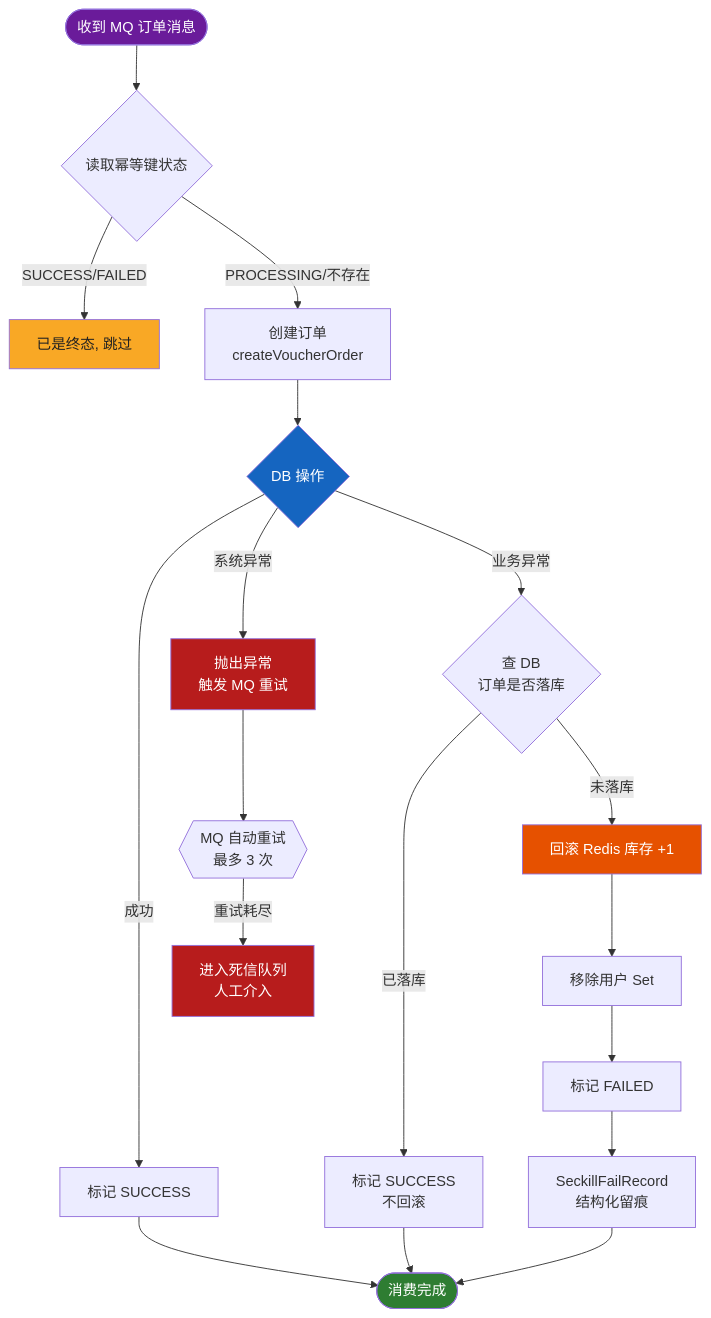
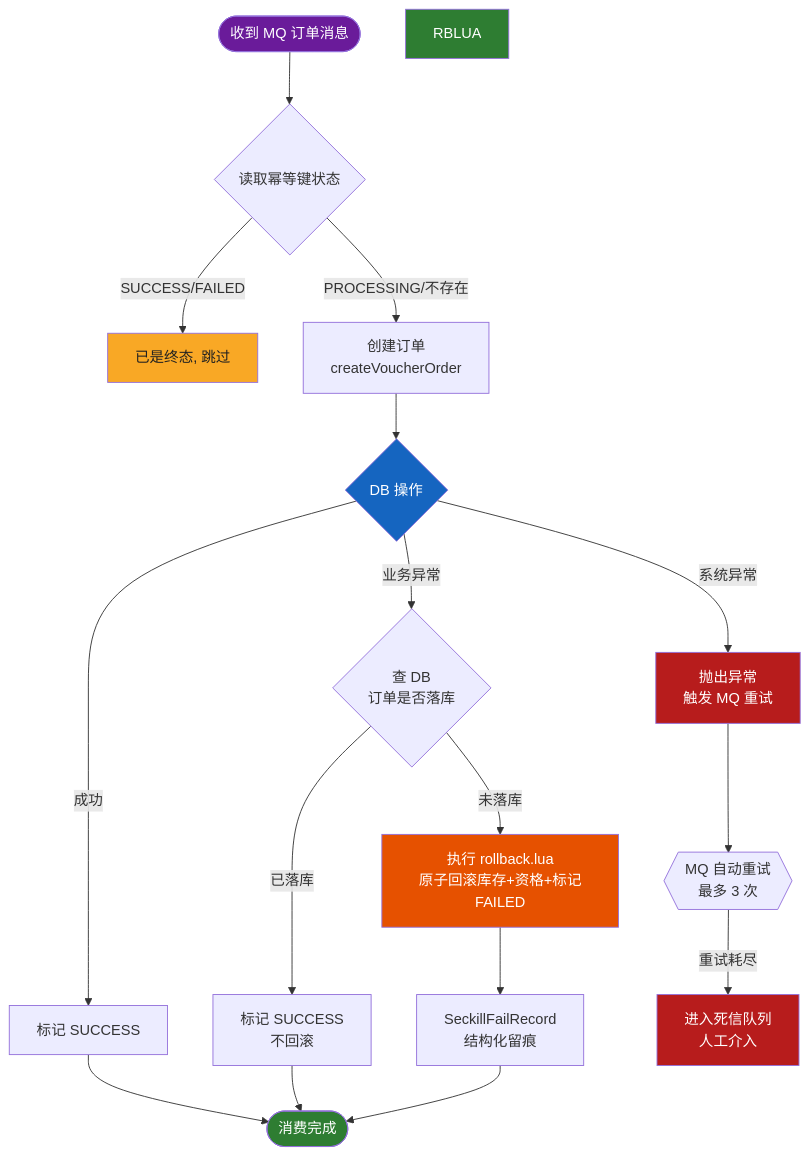
One commit to Shardkiht/FlashDeal changed the third of 3 diagrams in README.md. Above: the diagram before and after it, drawn with Mermaid. The commit also changed other lines of this file and 1 other file, not shown here.

First line of the commit message:
refactor(seckill): 优化 Redis Lua 脚本实现原子操作

````diff
--- a/README.md
+++ b/README.md
@@ -176,31 +178,30 @@
 ```mermaid
 flowchart TD
     MSG([收到 MQ 订单消息]) --> STATUS{读取幂等键状态}
     STATUS -->|SUCCESS/FAILED| SKIP[已是终态, 跳过]
     STATUS -->|PROCESSING/不存在| CREATE[创建订单<br/>createVoucherOrder]
 
     CREATE --> DBSAVE{DB 操作}
     DBSAVE -->|成功| MARK[标记 SUCCESS]
     MARK --> DONE([消费完成])
 
     DBSAVE -->|业务异常| CHECK{查 DB<br/>订单是否落库}
     CHECK -->|已落库| MARK2[标记 SUCCESS<br/>不回滚]
     MARK2 --> DONE
-    CHECK -->|未落库| RBSTOCK[回滚 Redis 库存 +1]
-    RBSTOCK --> RBUSER[移除用户 Set]
-    RBUSER --> MARKFAIL[标记 FAILED]
-    MARKFAIL --> RECORD[SeckillFailRecord<br/>结构化留痕]
+    CHECK -->|未落库| RBLUA2[执行 rollback.lua<br/>原子回滚库存+资格+标记FAILED]
+    RBLUA2 --> RECORD[SeckillFailRecord<br/>结构化留痕]
     RECORD --> DONE
 
     DBSAVE -->|系统异常| THROW1[抛出异常<br/>触发 MQ 重试]
     THROW1 --> RETRY{{MQ 自动重试<br/>最多 3 次}}
     RETRY -->|重试耗尽| DLQ[进入死信队列<br/>人工介入]
 
     style MSG fill:#6a1b9a,color:#fff
     style DONE fill:#2e7d32,color:#fff
     style SKIP fill:#f9a825,color:#212121
     style THROW1 fill:#b71c1c,color:#fff
     style DLQ fill:#b71c1c,color:#fff
-    style RBSTOCK fill:#e65100,color:#fff
+    style RBLUA fill:#2e7d32,color:#fff
+    style RBLUA2 fill:#e65100,color:#fff
     style DBSAVE fill:#1565c0,color:#fff
 ```
````
